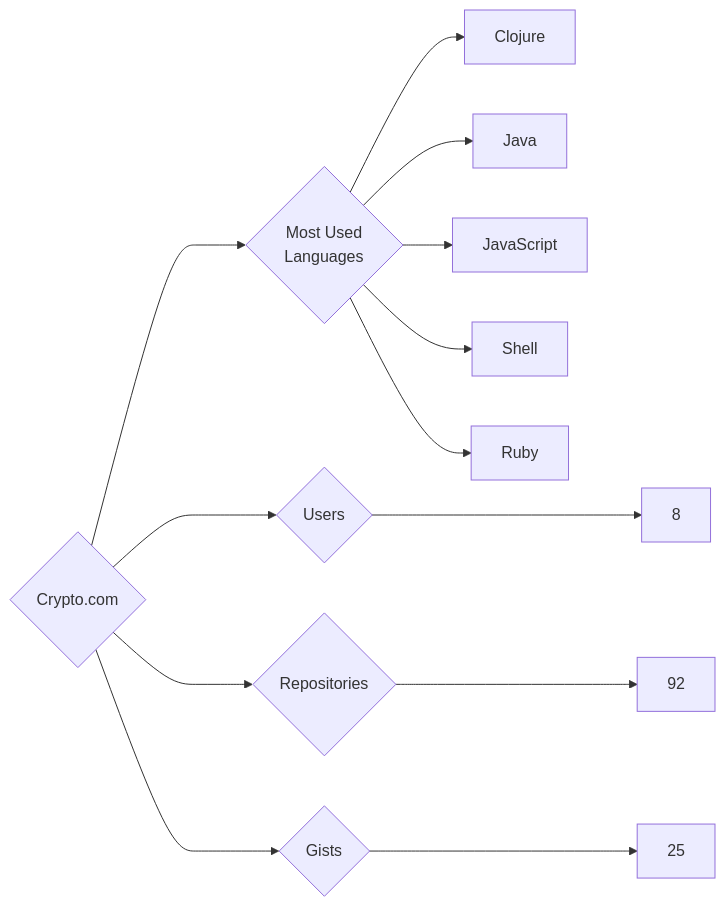
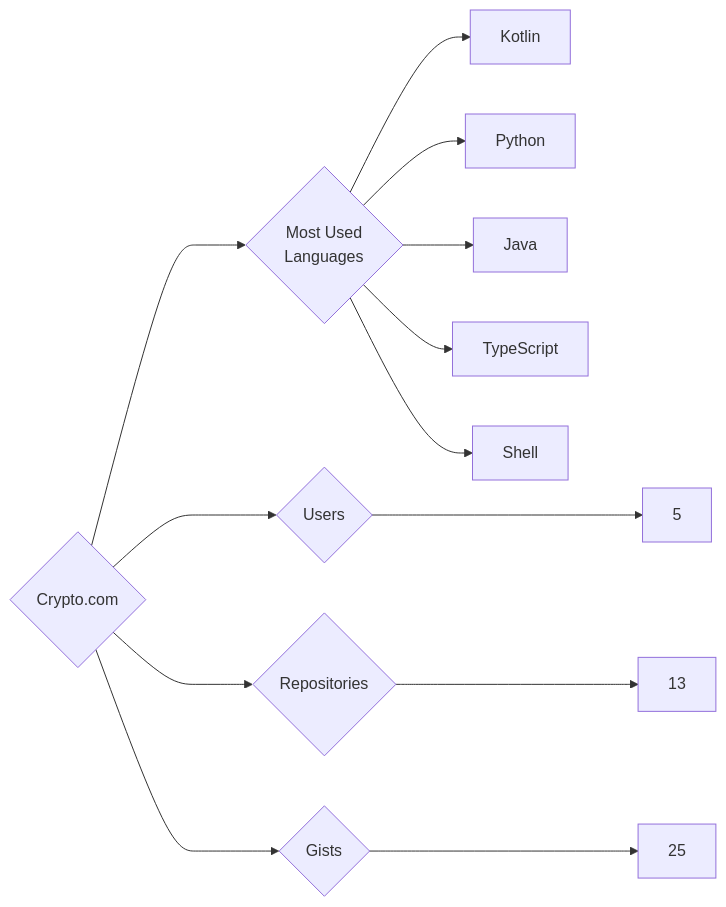
Before and after one commit to trickest/insiders: the diagram in targets/Crypto.com/README.md, drawn with Mermaid. The commit also changed 1003 other files, not shown here.

````diff
--- a/targets/Crypto.com/README.md
+++ b/targets/Crypto.com/README.md
@@ -3,13 +3,13 @@
 ```mermaid
 graph LR
 COMPANY_NAME{Crypto.com}
-COMPANY_NAME ---> U{Users} ---> UN[8]
-COMPANY_NAME ---> R{Repositories} ---> RN[92]
+COMPANY_NAME ---> U{Users} ---> UN[5]
+COMPANY_NAME ---> R{Repositories} ---> RN[13]
 COMPANY_NAME ---> G{Gists} ---> GN[25]
 COMPANY_NAME ---> ML{Most Used<br>Languages}
-ML --> Clojure[Clojure]
+ML --> Kotlin[Kotlin]
+ML --> Python[Python]
 ML --> Java[Java]
-ML --> JavaScript[JavaScript]
+ML --> TypeScript[TypeScript]
 ML --> Shell[Shell]
-ML --> Ruby[Ruby]
 ```
````
